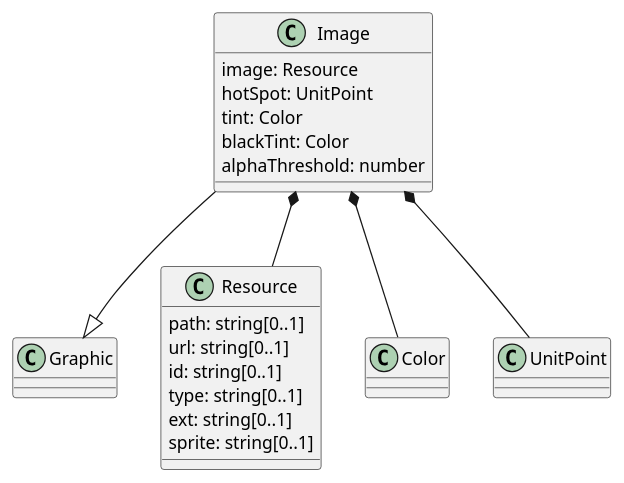
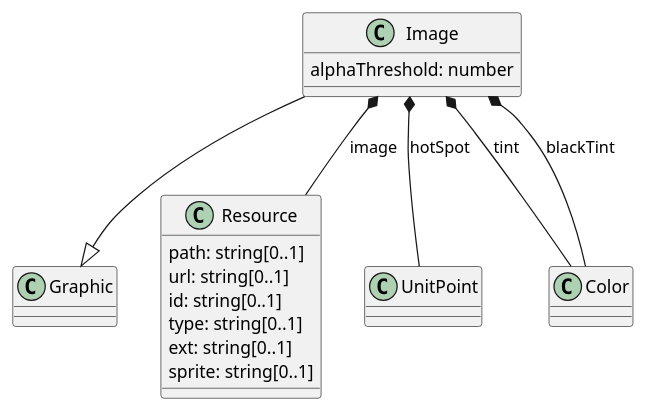
Before and after one commit to opengeospatial/cartographic-symbology: the ninth of 10 diagrams in 1-core/sections/clause_8_vector.adoc, drawn with PlantUML. The commit also changed other lines of this file and 2 other files, not shown here.

Commit message:
Vector, coverage and labeling UML: show the listed properties as associations only

```diff
--- a/1-core/sections/clause_8_vector.adoc
+++ b/1-core/sections/clause_8_vector.adoc
@@ -334,21 +323,18 @@
 [plantuml, target=diagram-classes, format=png]
 ....
 @startuml
 Image --|> Graphic
-Image  : image: Resource
-Image  : hotSpot: UnitPoint
-Image  : tint: Color
-Image  : blackTint: Color
 Image  : alphaThreshold: number
-Image *-- Resource
-Image *-- Color
-Image *-- UnitPoint
+Image *-- Resource : image
+Image *-- UnitPoint : hotSpot
+Image *-- Color : tint
+Image *-- Color : blackTint
 
 Resource : path: string[0..1]
 Resource : url: string[0..1]
 Resource : id: string[0..1]
 Resource : type: string[0..1]
 Resource : ext: string[0..1]
 Resource : sprite: string[0..1]
 @enduml
 ....
```
